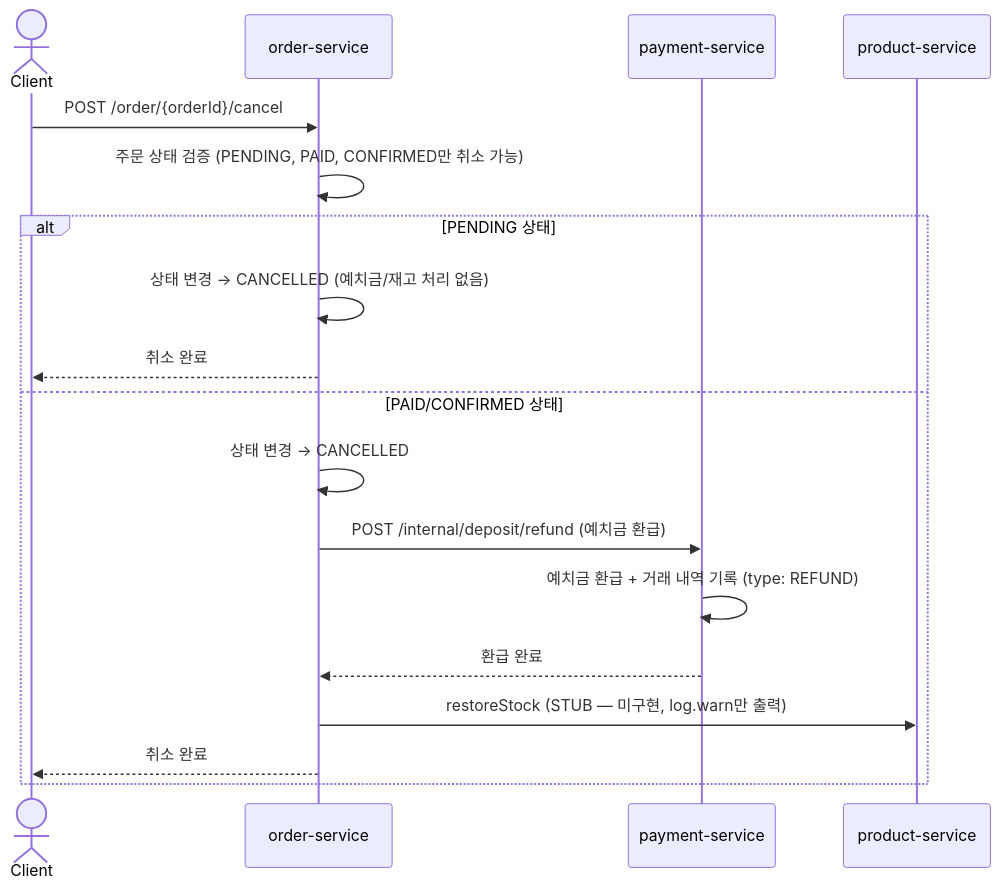
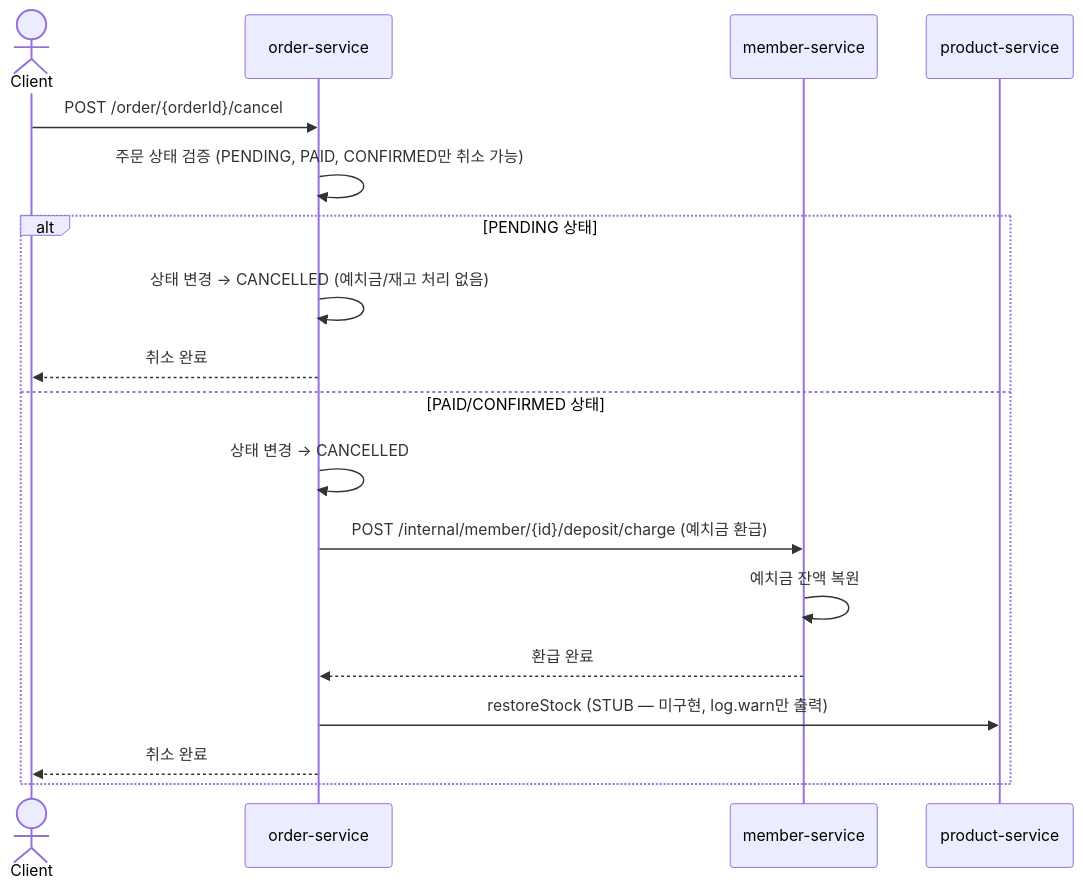
Before and after one commit to prgrms-be-adv-devcourse/beadv5_5_404_Not_Found_BE: the third of 3 diagrams in docs/OrderPaymentFlow.md, drawn with Mermaid. The commit also changed other lines of this file and 1 other file, not shown here.

First line of the commit message:
docs: 주문-결제 플로우 실제 구현 기준으로 문서 보정

````diff
--- a/docs/OrderPaymentFlow.md
+++ b/docs/OrderPaymentFlow.md
@@ -216,22 +225,22 @@
 ```mermaid
 sequenceDiagram
     actor Client
     participant Order as order-service
-    participant Payment as payment-service
+    participant Member as member-service
     participant Product as product-service
 
     Client->>Order: POST /order/{orderId}/cancel
     Order->>Order: 주문 상태 검증 (PENDING, PAID, CONFIRMED만 취소 가능)
 
     alt PENDING 상태
         Order->>Order: 상태 변경 → CANCELLED (예치금/재고 처리 없음)
         Order-->>Client: 취소 완료
     else PAID/CONFIRMED 상태
         Order->>Order: 상태 변경 → CANCELLED
-        Order->>Payment: POST /internal/deposit/refund (예치금 환급)
-        Payment->>Payment: 예치금 환급 + 거래 내역 기록 (type: REFUND)
-        Payment-->>Order: 환급 완료
+        Order->>Member: POST /internal/member/{id}/deposit/charge (예치금 환급)
+        Member->>Member: 예치금 잔액 복원
+        Member-->>Order: 환급 완료
         Order->>Product: restoreStock (STUB — 미구현, log.warn만 출력)
         Order-->>Client: 취소 완료
     end
 ```
````
